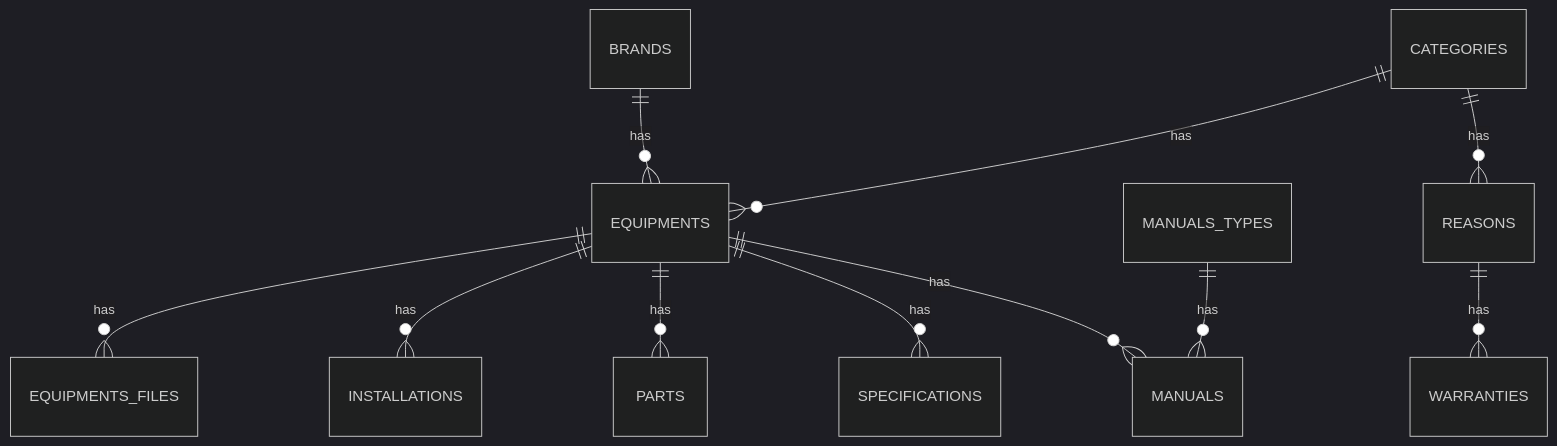
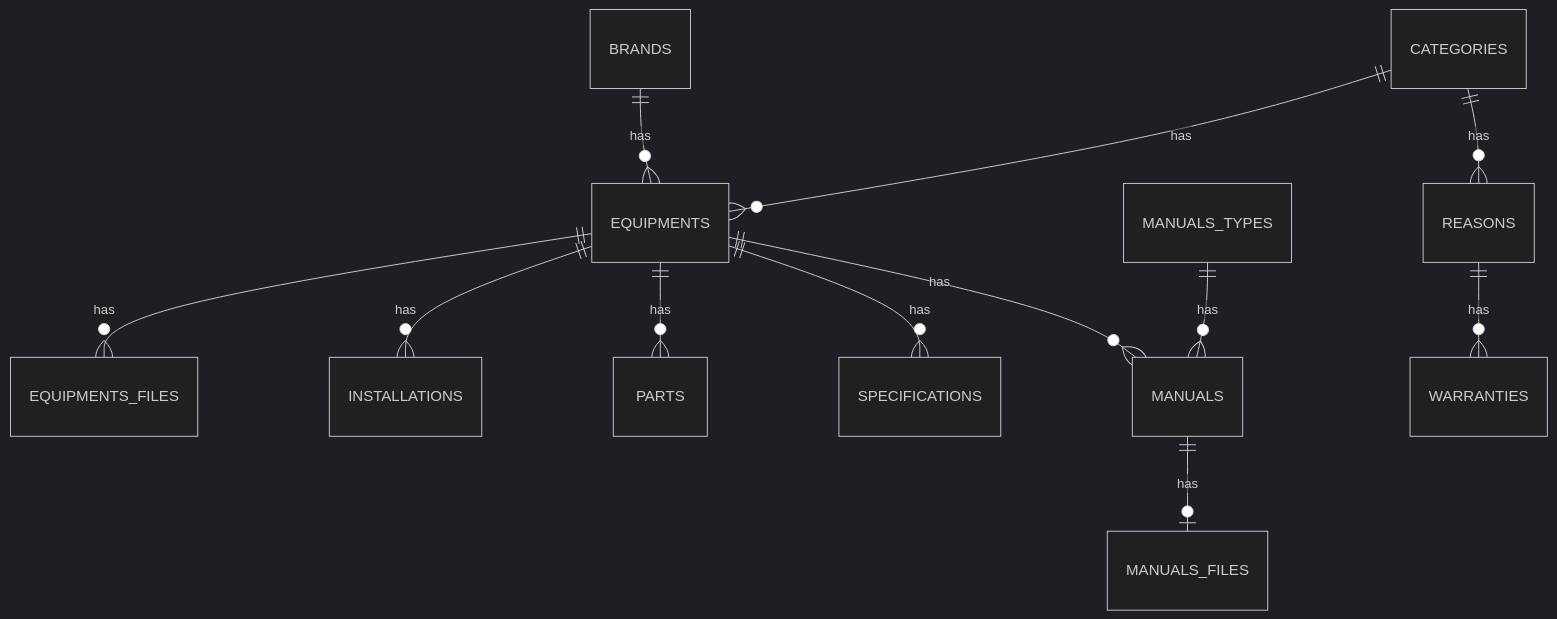
The fourth of 36 diagrams in docs/db/db.md (Juandiego001/lab-dental), drawn with Mermaid (dark theme) before and after one commit. The commit also changed other lines of this file and 82 other files, not shown here.

````diff
--- a/docs/db/db.md
+++ b/docs/db/db.md
@@ -93,13 +100,14 @@
 ```mermaid
 erDiagram
     BRANDS ||--o{ EQUIPMENTS : has
     CATEGORIES ||--o{ EQUIPMENTS : has
     EQUIPMENTS ||--o{ EQUIPMENTS_FILES : has
     EQUIPMENTS ||--o{ INSTALLATIONS : has
     EQUIPMENTS ||--o{ PARTS : has
     EQUIPMENTS ||--o{ SPECIFICATIONS : has
     EQUIPMENTS ||--o{ MANUALS : has
     MANUALS_TYPES ||--o{ MANUALS : has
+    MANUALS ||--o| MANUALS_FILES : has
     CATEGORIES ||--o{ REASONS : has
     REASONS ||--o{ WARRANTIES : has
 ```
````
